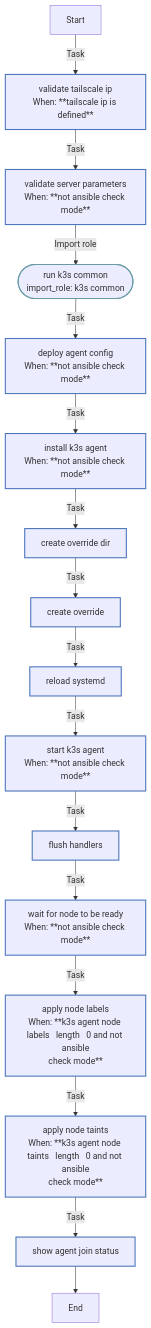
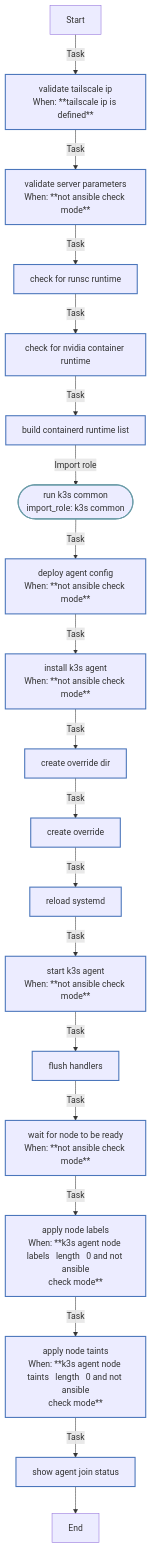
The diagram in roles/k3s_agent/README.md (rou-cru/k3s-homelab), drawn with Mermaid before and after one commit. The commit also changed other lines of this file and 16 other files, not shown here.

````diff
--- a/roles/k3s_agent/README.md
+++ b/roles/k3s_agent/README.md
@@ -186,28 +189,31 @@
 ```mermaid
 flowchart TD
 Start
 classDef block stroke:#3498db,stroke-width:2px;
 classDef task stroke:#4b76bb,stroke-width:2px;
 classDef includeTasks stroke:#16a085,stroke-width:2px;
 classDef importTasks stroke:#34495e,stroke-width:2px;
 classDef includeRole stroke:#2980b9,stroke-width:2px;
 classDef importRole stroke:#699ba7,stroke-width:2px;
 classDef includeVars stroke:#8e44ad,stroke-width:2px;
 classDef rescue stroke:#665352,stroke-width:2px;
 
   Start-->|Task| Validate_Tailscale_IP0[validate tailscale ip<br>When: **tailscale ip is defined**]:::task
   Validate_Tailscale_IP0-->|Task| Validate_server_parameters1[validate server parameters<br>When: **not ansible check mode**]:::task
-  Validate_server_parameters1-->|Import role| Run_K3s_Common_k3s_common_2([run k3s common<br>import_role: k3s common]):::importRole
-  Run_K3s_Common_k3s_common_2-->|Task| Deploy_agent_config3[deploy agent config<br>When: **not ansible check mode**]:::task
-  Deploy_agent_config3-->|Task| Install_K3s_agent4[install k3s agent<br>When: **not ansible check mode**]:::task
-  Install_K3s_agent4-->|Task| Create_override_dir5[create override dir]:::task
-  Create_override_dir5-->|Task| Create_override6[create override]:::task
-  Create_override6-->|Task| Reload_systemd7[reload systemd]:::task
-  Reload_systemd7-->|Task| Start_K3s_agent8[start k3s agent<br>When: **not ansible check mode**]:::task
-  Start_K3s_agent8-->|Task| Flush_handlers9[flush handlers]:::task
-  Flush_handlers9-->|Task| Wait_for_node_to_be_ready10[wait for node to be ready<br>When: **not ansible check mode**]:::task
-  Wait_for_node_to_be_ready10-->|Task| Apply_node_labels11[apply node labels<br>When: **k3s agent node labels   length   0 and not ansible<br>check mode**]:::task
-  Apply_node_labels11-->|Task| Apply_node_taints12[apply node taints<br>When: **k3s agent node taints   length   0 and not ansible<br>check mode**]:::task
-  Apply_node_taints12-->|Task| Show_agent_join_status13[show agent join status]:::task
-  Show_agent_join_status13-->End
+  Validate_server_parameters1-->|Task| Check_for_runsc_runtime2[check for runsc runtime]:::task
+  Check_for_runsc_runtime2-->|Task| Check_for_NVIDIA_container_runtime3[check for nvidia container runtime]:::task
+  Check_for_NVIDIA_container_runtime3-->|Task| Build_containerd_runtime_list4[build containerd runtime list]:::task
+  Build_containerd_runtime_list4-->|Import role| Run_K3s_Common_k3s_common_5([run k3s common<br>import_role: k3s common]):::importRole
+  Run_K3s_Common_k3s_common_5-->|Task| Deploy_agent_config6[deploy agent config<br>When: **not ansible check mode**]:::task
+  Deploy_agent_config6-->|Task| Install_K3s_agent7[install k3s agent<br>When: **not ansible check mode**]:::task
+  Install_K3s_agent7-->|Task| Create_override_dir8[create override dir]:::task
+  Create_override_dir8-->|Task| Create_override9[create override]:::task
+  Create_override9-->|Task| Reload_systemd10[reload systemd]:::task
+  Reload_systemd10-->|Task| Start_K3s_agent11[start k3s agent<br>When: **not ansible check mode**]:::task
+  Start_K3s_agent11-->|Task| Flush_handlers12[flush handlers]:::task
+  Flush_handlers12-->|Task| Wait_for_node_to_be_ready13[wait for node to be ready<br>When: **not ansible check mode**]:::task
+  Wait_for_node_to_be_ready13-->|Task| Apply_node_labels14[apply node labels<br>When: **k3s agent node labels   length   0 and not ansible<br>check mode**]:::task
+  Apply_node_labels14-->|Task| Apply_node_taints15[apply node taints<br>When: **k3s agent node taints   length   0 and not ansible<br>check mode**]:::task
+  Apply_node_taints15-->|Task| Show_agent_join_status16[show agent join status]:::task
+  Show_agent_join_status16-->End
 ```
````
